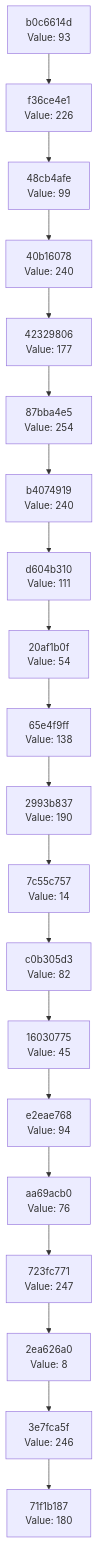
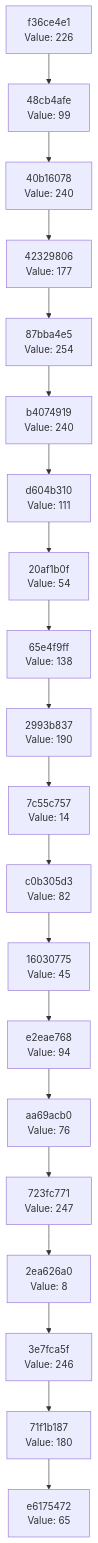
The diagram in docs/CHAIN_VISUALIZATION.md (Abhisheksinha1506/hash-chain-evolver), drawn with Mermaid before and after one commit. The commit also changed 2 other files, not shown here.

Commit message:
Evolution step: hash 0x41 → action executed

````diff
--- a/docs/CHAIN_VISUALIZATION.md
+++ b/docs/CHAIN_VISUALIZATION.md
@@ -3,42 +3,42 @@
 ```mermaid
 graph TD
-    C0["71f1b187<br/>Value: 180"]
-    C1["3e7fca5f<br/>Value: 246"]
+    C0["e6175472<br/>Value: 65"]
+    C1["71f1b187<br/>Value: 180"]
     C1 --> C0
-    C2["2ea626a0<br/>Value: 8"]
+    C2["3e7fca5f<br/>Value: 246"]
     C2 --> C1
-    C3["723fc771<br/>Value: 247"]
+    C3["2ea626a0<br/>Value: 8"]
     C3 --> C2
-    C4["aa69acb0<br/>Value: 76"]
+    C4["723fc771<br/>Value: 247"]
     C4 --> C3
-    C5["e2eae768<br/>Value: 94"]
+    C5["aa69acb0<br/>Value: 76"]
     C5 --> C4
-    C6["16030775<br/>Value: 45"]
+    C6["e2eae768<br/>Value: 94"]
     C6 --> C5
-    C7["c0b305d3<br/>Value: 82"]
+    C7["16030775<br/>Value: 45"]
     C7 --> C6
-    C8["7c55c757<br/>Value: 14"]
+    C8["c0b305d3<br/>Value: 82"]
     C8 --> C7
-    C9["2993b837<br/>Value: 190"]
+    C9["7c55c757<br/>Value: 14"]
     C9 --> C8
-    C10["65e4f9ff<br/>Value: 138"]
+    C10["2993b837<br/>Value: 190"]
     C10 --> C9
-    C11["20af1b0f<br/>Value: 54"]
+    C11["65e4f9ff<br/>Value: 138"]
     C11 --> C10
-    C12["d604b310<br/>Value: 111"]
+    C12["20af1b0f<br/>Value: 54"]
     C12 --> C11
-    C13["b4074919<br/>Value: 240"]
+    C13["d604b310<br/>Value: 111"]
     C13 --> C12
-    C14["87bba4e5<br/>Value: 254"]
+    C14["b4074919<br/>Value: 240"]
     C14 --> C13
-    C15["42329806<br/>Value: 177"]
+    C15["87bba4e5<br/>Value: 254"]
     C15 --> C14
-    C16["40b16078<br/>Value: 240"]
+    C16["42329806<br/>Value: 177"]
     C16 --> C15
-    C17["48cb4afe<br/>Value: 99"]
+    C17["40b16078<br/>Value: 240"]
     C17 --> C16
-    C18["f36ce4e1<br/>Value: 226"]
+    C18["48cb4afe<br/>Value: 99"]
     C18 --> C17
-    C19["b0c6614d<br/>Value: 93"]
+    C19["f36ce4e1<br/>Value: 226"]
     C19 --> C18
 ```
````
